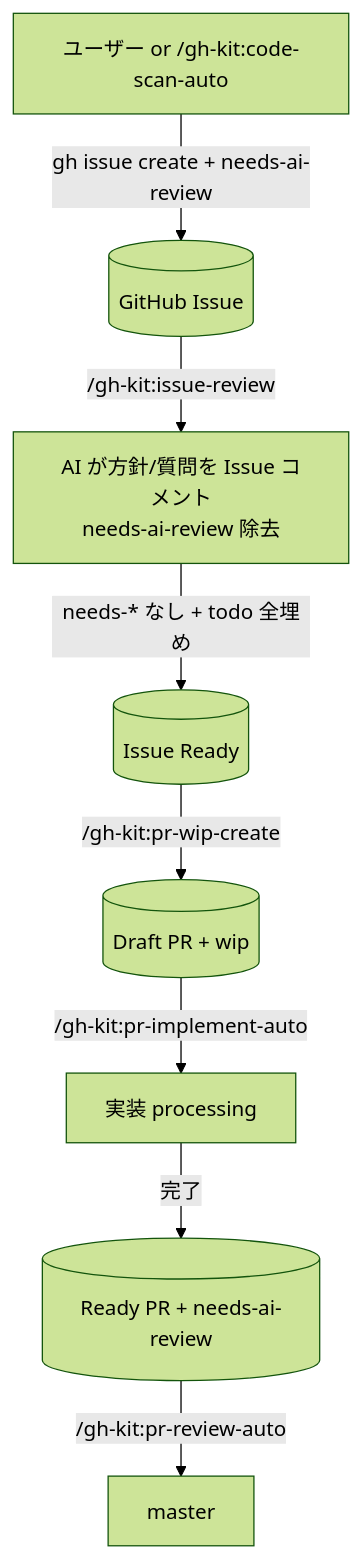
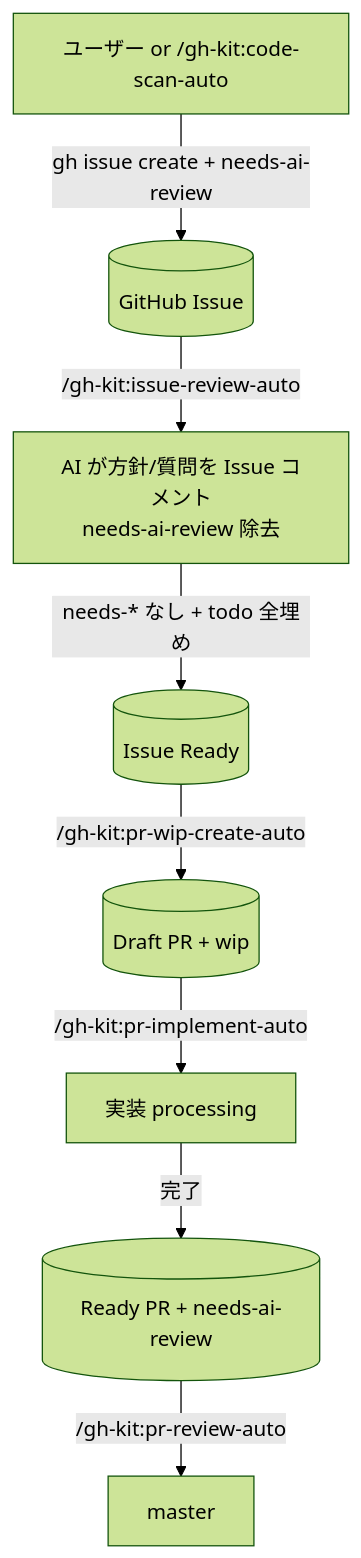
The diagram in plugins/gh-kit/CLAUDE.md (shuhei1101/my-plugins), drawn with Mermaid (forest theme) before and after one commit. The commit also changed other lines of this file and 23 other files, not shown here.

````diff
--- a/plugins/gh-kit/CLAUDE.md
+++ b/plugins/gh-kit/CLAUDE.md
@@ -9,10 +9,10 @@
 ```mermaid
 flowchart TD
   U[ユーザー or /gh-kit:code-scan-auto] -->|gh issue create + needs-ai-review| Issue[(GitHub Issue)]
-  Issue -->|/gh-kit:issue-review| Review[AI が方針/質問を Issue コメント<br>needs-ai-review 除去]
+  Issue -->|/gh-kit:issue-review-auto| Review[AI が方針/質問を Issue コメント<br>needs-ai-review 除去]
   Review -->|needs-* なし + todo 全埋め| Ready[(Issue Ready)]
-  Ready -->|/gh-kit:pr-wip-create| WIP[(Draft PR + wip)]
+  Ready -->|/gh-kit:pr-wip-create-auto| WIP[(Draft PR + wip)]
   WIP -->|/gh-kit:pr-implement-auto| Implementing[実装 processing]
   Implementing -->|完了| NAR[(Ready PR + needs-ai-review)]
   NAR -->|/gh-kit:pr-review-auto| Merged[master]
 ```
````
